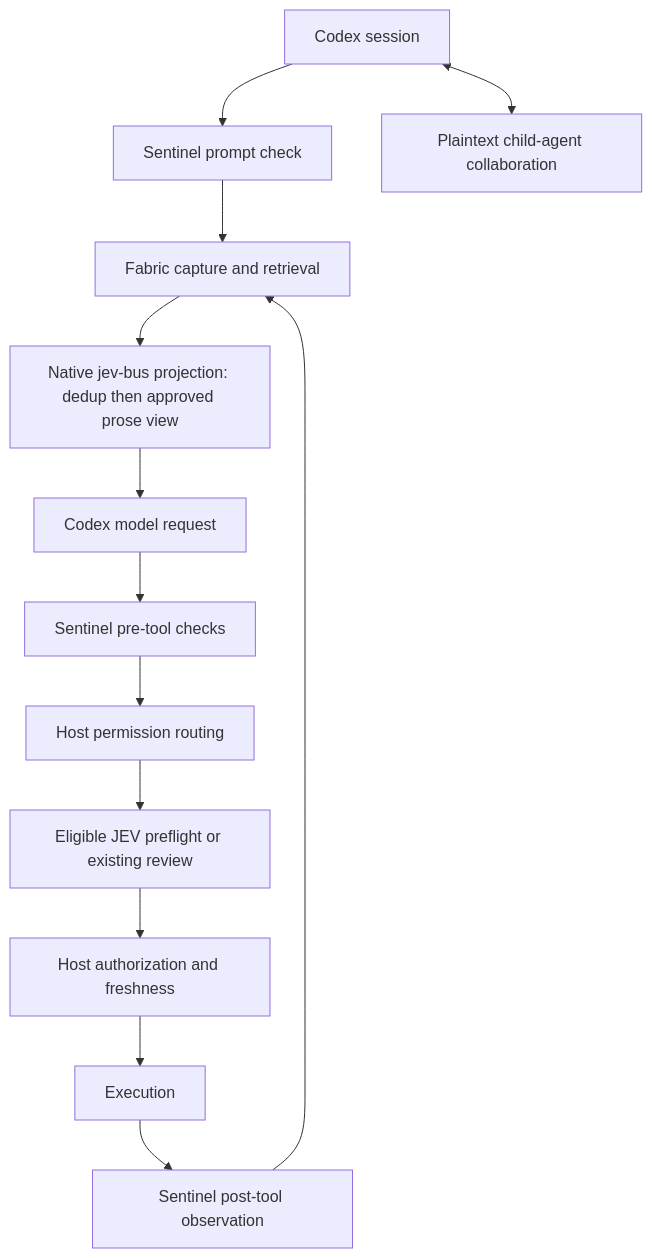
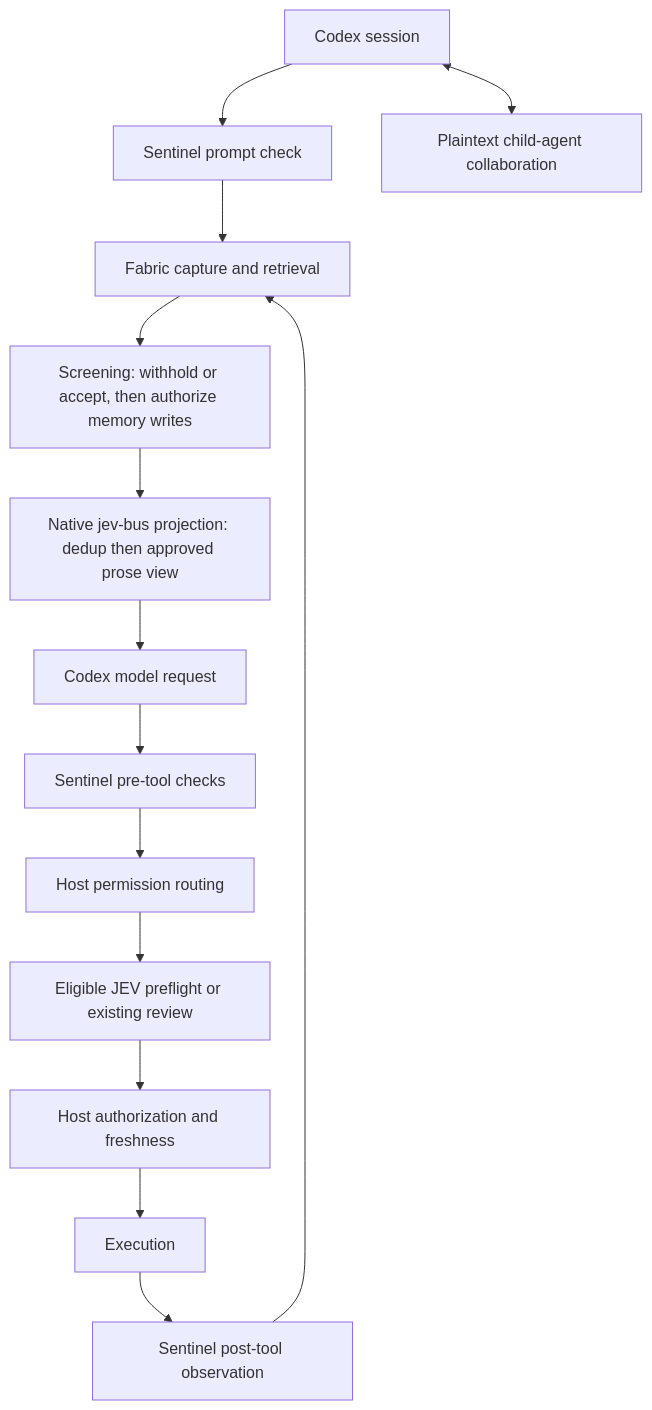
One commit to CompleteTech-LLC-AI-Research/codex-jev changed the diagram in jev/ARCHITECTURE.md. Above: the diagram before and after it, drawn with Mermaid. The commit also changed other lines of this file and 14 other files, not shown here.

Commit message:
jev: connect retrieval screening and incident operations (#20)

````diff
--- a/jev/ARCHITECTURE.md
+++ b/jev/ARCHITECTURE.md
@@ -5,15 +5,16 @@
 ```mermaid
 flowchart TD
     C[Codex session] --> I[Sentinel prompt check]
     I --> F[Fabric capture and retrieval]
-    F --> P[Native jev-bus projection: dedup then approved prose view]
+    F --> R[Screening: withhold or accept, then authorize memory writes]
+    R --> P[Native jev-bus projection: dedup then approved prose view]
     P --> M[Codex model request]
     M --> S[Sentinel pre-tool checks]
     S --> H[Host permission routing]
     H --> J[Eligible JEV preflight or existing review]
     J --> V[Host authorization and freshness]
     V --> E[Execution]
     E --> O[Sentinel post-tool observation]
     O --> F
     C <--> A[Plaintext child-agent collaboration]
 ```
````
